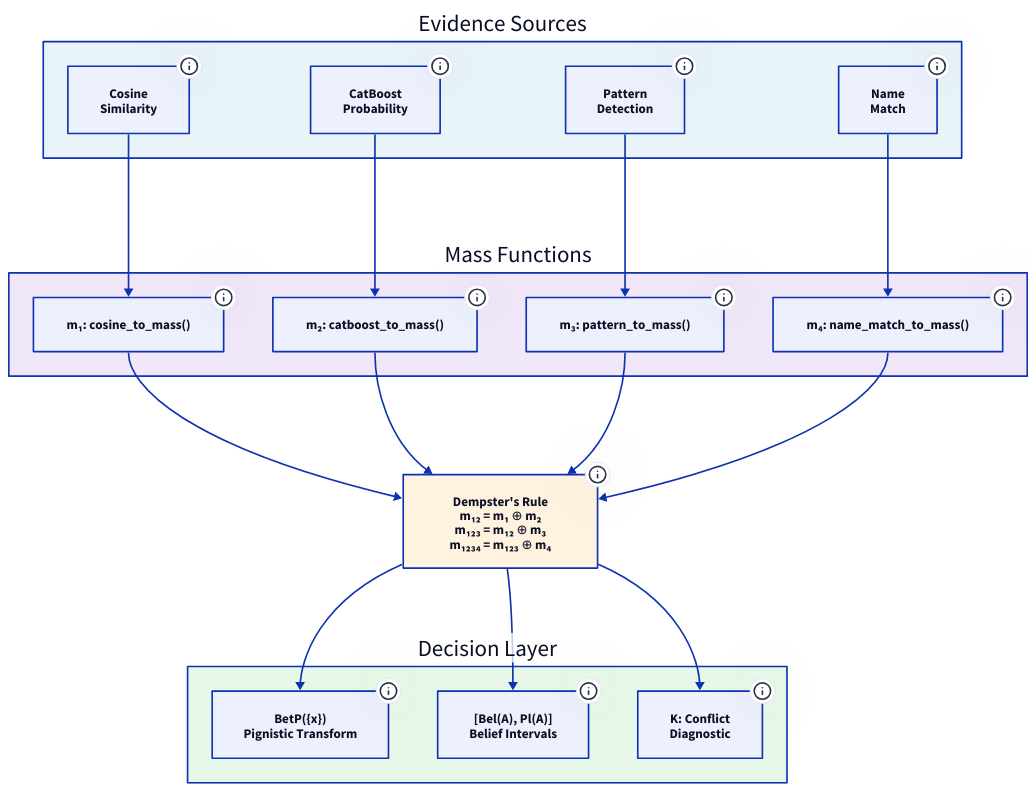
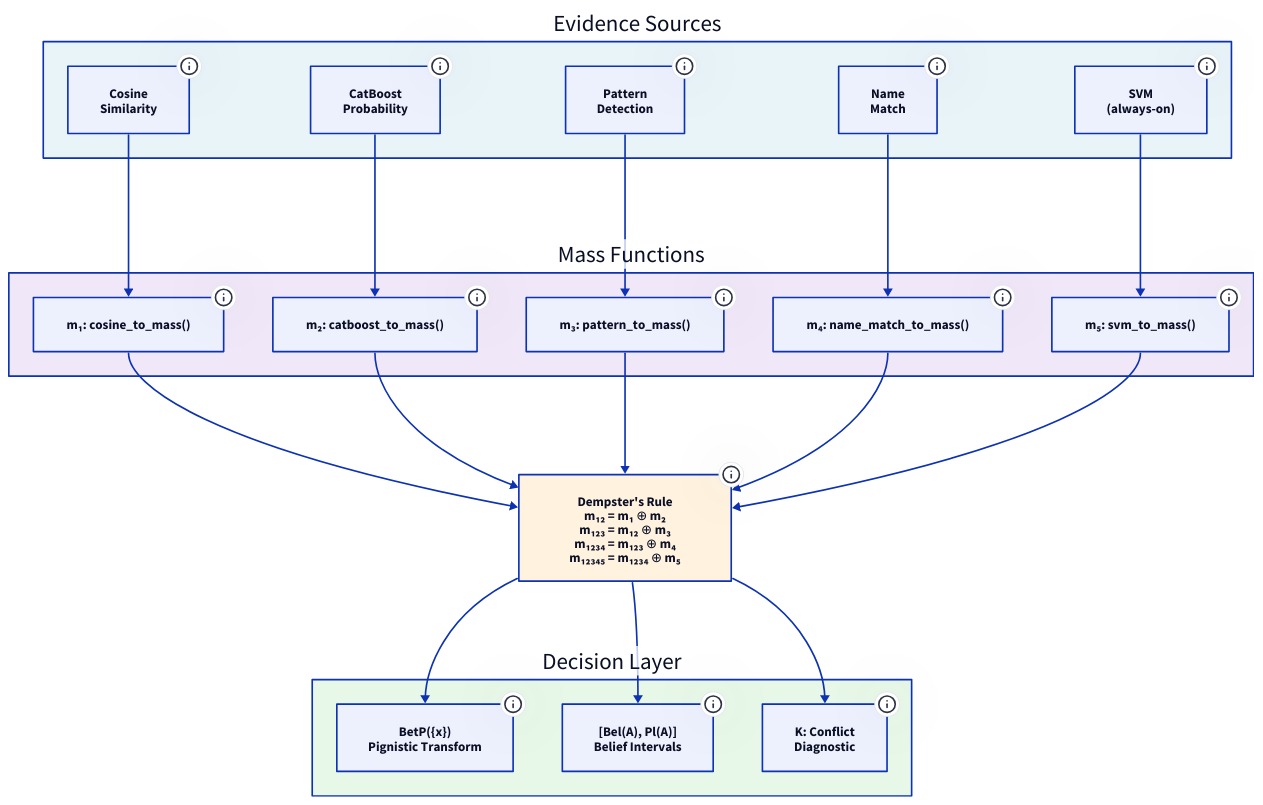
Before and after one commit to weathership/signals: the first of 3 diagrams in docs/current/src/architecture/evidence-fusion.md, drawn with D2. The commit also changed other lines of this file and 38 other files, not shown here.

````diff
--- a/docs/current/src/architecture/evidence-fusion.md
+++ b/docs/current/src/architecture/evidence-fusion.md
@@ -33,70 +33,78 @@
 ```d2
 direction: down
 
 sources: Evidence Sources {
   style.fill: "#e8f4f8"
 
   cosine: "Cosine\nSimilarity" {
     tooltip: "Embedding similarity → softmax → discounted mass"
   }
   catboost: "CatBoost\nProbability" {
     tooltip: "predict_proba() → discounted mass (variance-aware)"
   }
   pattern: "Pattern\nDetection" {
     tooltip: "Regex matches → category mass"
   }
   name_match: "Name\nMatch" {
     tooltip: "Column name → category label matching"
   }
+  svm: "SVM\n(always-on)" {
+    tooltip: "TF-IDF + LinearSVC → calibrated probabilities"
+  }
 }
 
 mass: Mass Functions {
   style.fill: "#f0e8f8"
 
   m1: "m₁: cosine_to_mass()" {
     tooltip: "softmax(sims) × (1-discount), remainder → Θ"
   }
   m2: "m₂: catboost_to_mass()" {
     tooltip: "proba × (1-discount), variance → adaptive discount"
   }
   m3: "m₃: pattern_to_mass()" {
     tooltip: "matched codes → 0.9 mass, Θ → 0.1"
   }
   m4: "m₄: name_match_to_mass()" {
     tooltip: "exact=0.7, abbrev=0.5, overlap=0.3, none=vacuous"
   }
+  m5: "m₅: svm_to_mass()" {
+    tooltip: "calibrated proba × (1-discount), discount=0.20"
+  }
 }
 
-combine: "Dempster's Rule\nm₁₂ = m₁ ⊕ m₂\nm₁₂₃ = m₁₂ ⊕ m₃\nm₁₂₃₄ = m₁₂₃ ⊕ m₄" {
+combine: "Dempster's Rule\nm₁₂ = m₁ ⊕ m₂\nm₁₂₃ = m₁₂ ⊕ m₃\nm₁₂₃₄ = m₁₂₃ ⊕ m₄\nm₁₂₃₄₅ = m₁₂₃₄ ⊕ m₅" {
   style.fill: "#fff3e0"
   tooltip: "Conjunctive combination, normalized by 1/(1-K)"
 }
 
 decide: Decision Layer {
   style.fill: "#e8f8e8"
 
   betp: "BetP({x})\nPignistic Transform" {
     tooltip: "Best singleton for classification decision"
   }
   interval: "[Bel(A), Pl(A)]\nBelief Intervals" {
     tooltip: "At every hierarchy level for uncertainty reporting"
   }
   conflict: "K: Conflict\nDiagnostic" {
     tooltip: "High K → sources disagree → flag for review"
   }
 }
 
 sources.cosine -> mass.m1
 sources.catboost -> mass.m2
 sources.pattern -> mass.m3
 sources.name_match -> mass.m4
+sources.svm -> mass.m5
 
 mass.m1 -> combine
 mass.m2 -> combine
 mass.m3 -> combine
 mass.m4 -> combine
+mass.m5 -> combine
 
 combine -> decide.betp
 combine -> decide.interval
 combine -> decide.conflict
 ```
````
